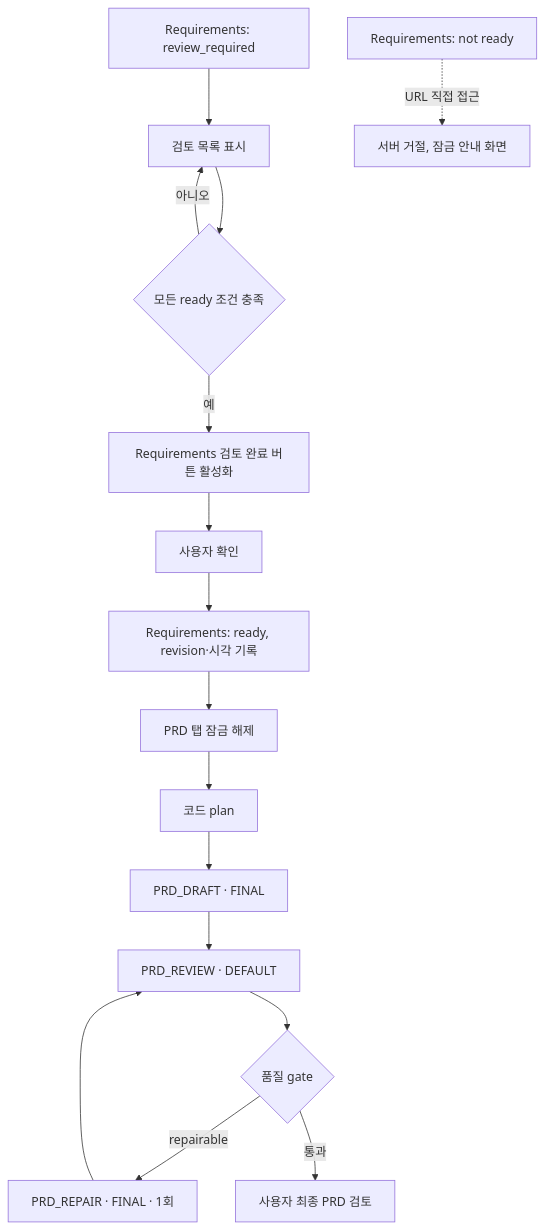
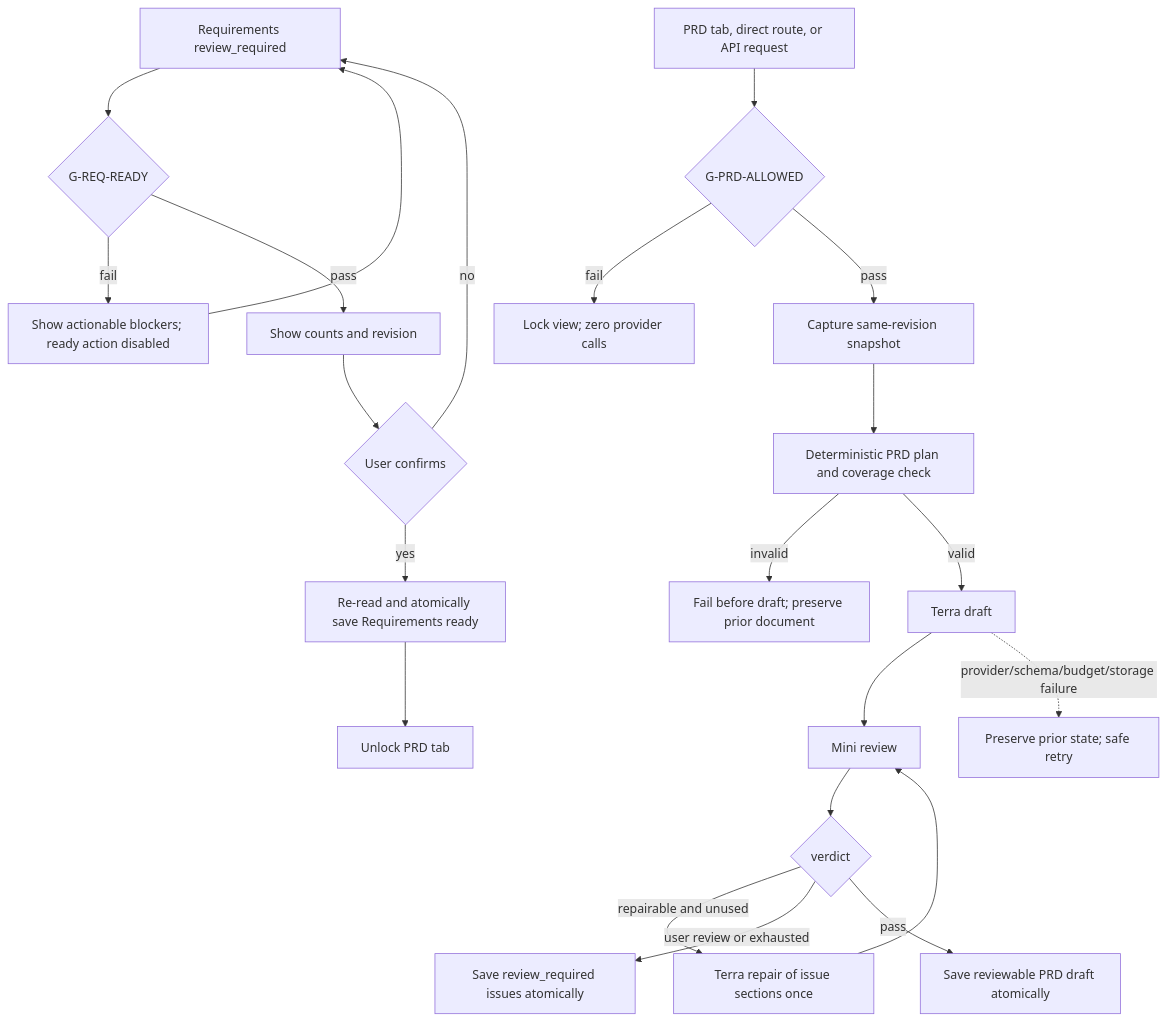
One commit to donghyunlee-dev/ai-agent-blueprint changed the diagram in docs/tasks/DOC-PR-02/plan.md. Above: the diagram before and after it, drawn with Mermaid. The commit also changed other lines of this file and 26 other files, not shown here.

First line of the commit message:
Add PRD readiness and generation flow (#21)

````diff
--- a/docs/tasks/DOC-PR-02/plan.md
+++ b/docs/tasks/DOC-PR-02/plan.md
@@ -54,19 +50,24 @@
 ```mermaid
 flowchart TD
-    A[Requirements: review_required] --> B[검토 목록 표시]
-    B --> C{모든 ready 조건 충족}
-    C -- 아니오 --> B
-    C -- 예 --> D[Requirements 검토 완료 버튼 활성화]
-    D --> E[사용자 확인]
-    E --> F[Requirements: ready, revision·시각 기록]
-    F --> G[PRD 탭 잠금 해제]
-    G --> H[코드 plan]
-    H --> I[PRD_DRAFT · FINAL]
-    I --> J[PRD_REVIEW · DEFAULT]
-    J --> K{품질 gate}
-    K -- repairable --> L[PRD_REPAIR · FINAL · 1회]
-    L --> J
-    K -- 통과 --> M[사용자 최종 PRD 검토]
-
-    N[Requirements: not ready] -.URL 직접 접근.-> O[서버 거절, 잠금 안내 화면]
+  A[Requirements review_required] --> B{G-REQ-READY}
+  B -- fail --> C[Show actionable blockers; ready action disabled]
+  C --> A
+  B -- pass --> D[Show counts and revision]
+  D --> E{User confirms}
+  E -- no --> A
+  E -- yes --> F[Re-read and atomically save Requirements ready]
+  F --> G[Unlock PRD tab]
+  H[PRD tab, direct route, or API request] --> I{G-PRD-ALLOWED}
+  I -- fail --> J[Lock view; zero provider calls]
+  I -- pass --> K[Capture same-revision snapshot]
+  K --> L[Deterministic PRD plan and coverage check]
+  L -- invalid --> M[Fail before draft; preserve prior document]
+  L -- valid --> N[Terra draft]
+  N --> O[Mini review]
+  O --> P{verdict}
+  P -- repairable and unused --> Q[Terra repair of issue sections once]
+  Q --> O
+  P -- user review or exhausted --> R[Save review_required issues atomically]
+  P -- pass --> S[Save reviewable PRD draft atomically]
+  N -. provider/schema/budget/storage failure .-> T[Preserve prior state; safe retry]
 ```
````
